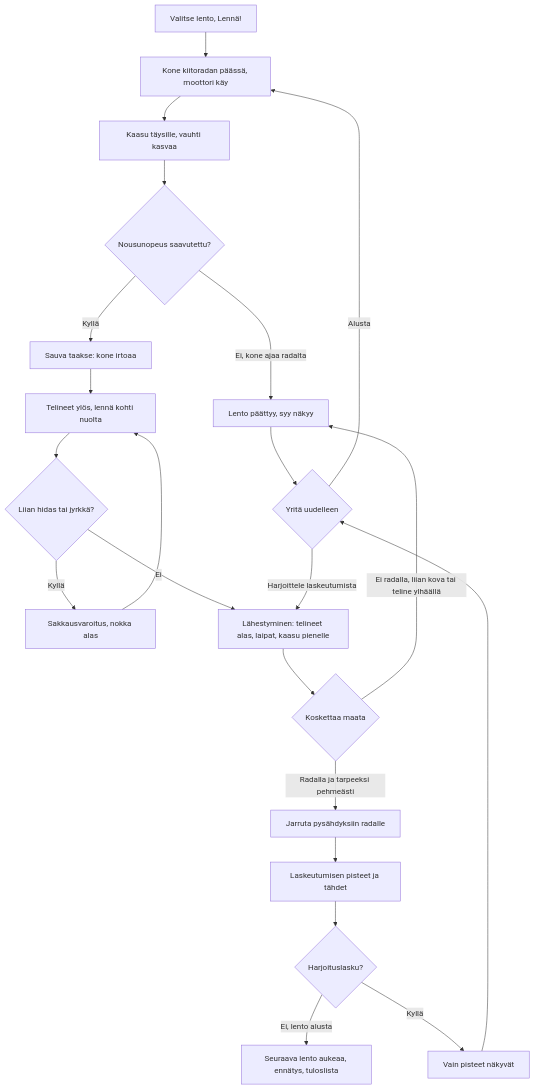
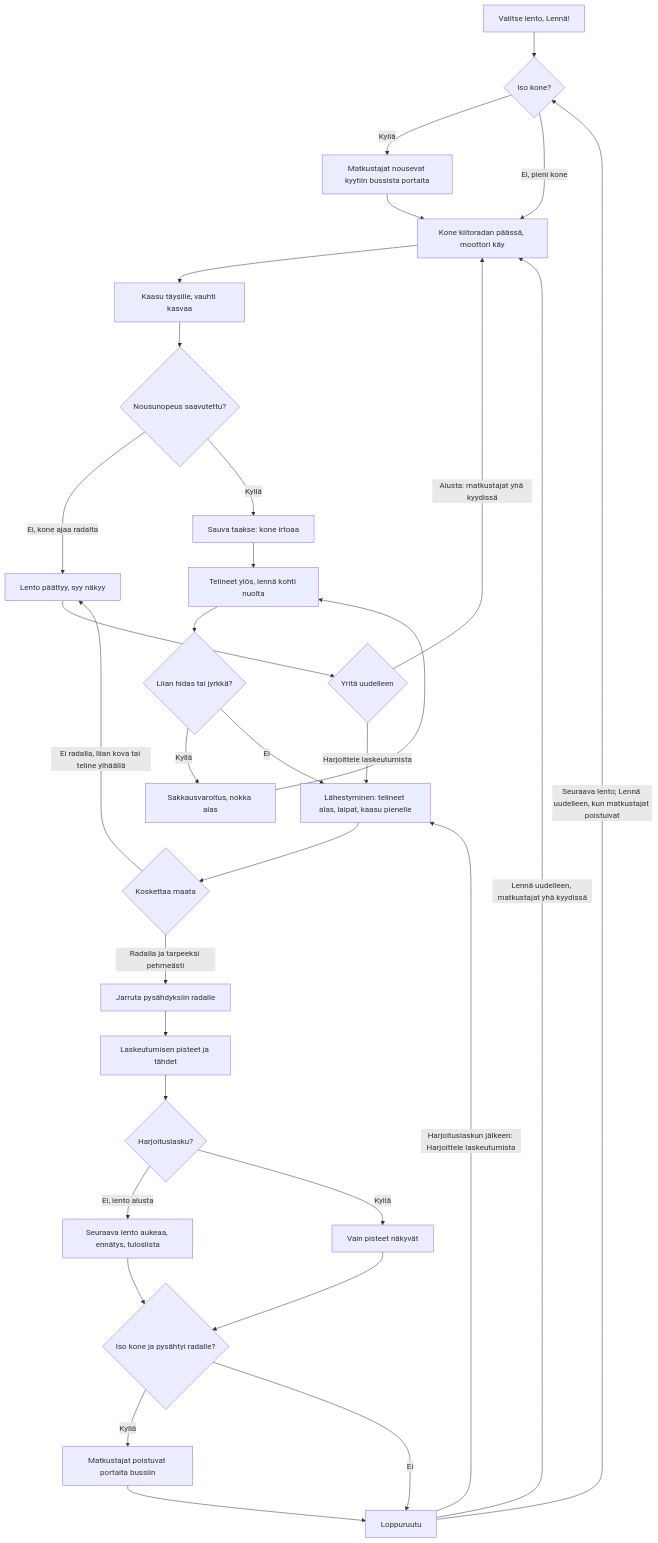
The diagram in docs/diagrams/lentokone.md (eerovil/ai-pelit), drawn with Mermaid before and after one commit. The commit also changed other lines of this file and 9 other files, not shown here.

````diff
--- a/docs/diagrams/lentokone.md
+++ b/docs/diagrams/lentokone.md
@@ -8,28 +9,38 @@
 ```mermaid
 flowchart TD
-  A[Valitse lento, Lennä!] --> B[Kone kiitoradan päässä, moottori käy]
+  A[Valitse lento, Lennä!] --> Q{Iso kone?}
+  Q -- Kyllä --> R[Matkustajat nousevat kyytiin bussista portaita]
+  R --> B[Kone kiitoradan päässä, moottori käy]
+  Q -- Ei, pieni kone --> B
   B --> C[Kaasu täysille, vauhti kasvaa]
   C --> D{Nousunopeus saavutettu?}
   D -- Ei, kone ajaa radalta --> X[Lento päättyy, syy näkyy]
   D -- Kyllä --> E[Sauva taakse: kone irtoaa]
   E --> F[Telineet ylös, lennä kohti nuolta]
   F --> G{Liian hidas tai jyrkkä?}
   G -- Kyllä --> H[Sakkausvaroitus, nokka alas]
   H --> F
   G -- Ei --> I[Lähestyminen: telineet alas, laipat, kaasu pienelle]
   I --> J{Koskettaa maata}
   J -- Ei radalla, liian kova tai teline ylhäällä --> X
   J -- Radalla ja tarpeeksi pehmeästi --> K[Jarruta pysähdyksiin radalle]
   K --> L[Laskeutumisen pisteet ja tähdet]
   L --> O{Harjoituslasku?}
   O -- Ei, lento alusta --> M[Seuraava lento aukeaa, ennätys, tuloslista]
   O -- Kyllä --> P[Vain pisteet näkyvät]
-  P --> N
+  M --> S{Iso kone ja pysähtyi radalle?}
+  P --> S
+  S -- Kyllä --> T[Matkustajat poistuvat portaita bussiin]
+  T --> V[Loppuruutu]
+  S -- Ei --> V
+  V -- Seuraava lento; Lennä uudelleen, kun matkustajat poistuivat --> Q
+  V -- Lennä uudelleen, matkustajat yhä kyydissä --> B
+  V -- Harjoituslaskun jälkeen: Harjoittele laskeutumista --> I
   X --> N{Yritä uudelleen}
-  N -- Alusta --> B
+  N -- Alusta: matkustajat yhä kyydissä --> B
   N -- Harjoittele laskeutumista --> I
-  class A,B,C,E,F,I,K blue
-  class D,G,J,N,O amber
+  class A,B,C,E,F,I,K,R,T,V blue
+  class D,G,J,N,O,Q,S amber
   class H,X rose
   class L,M,P green
 ```
````
